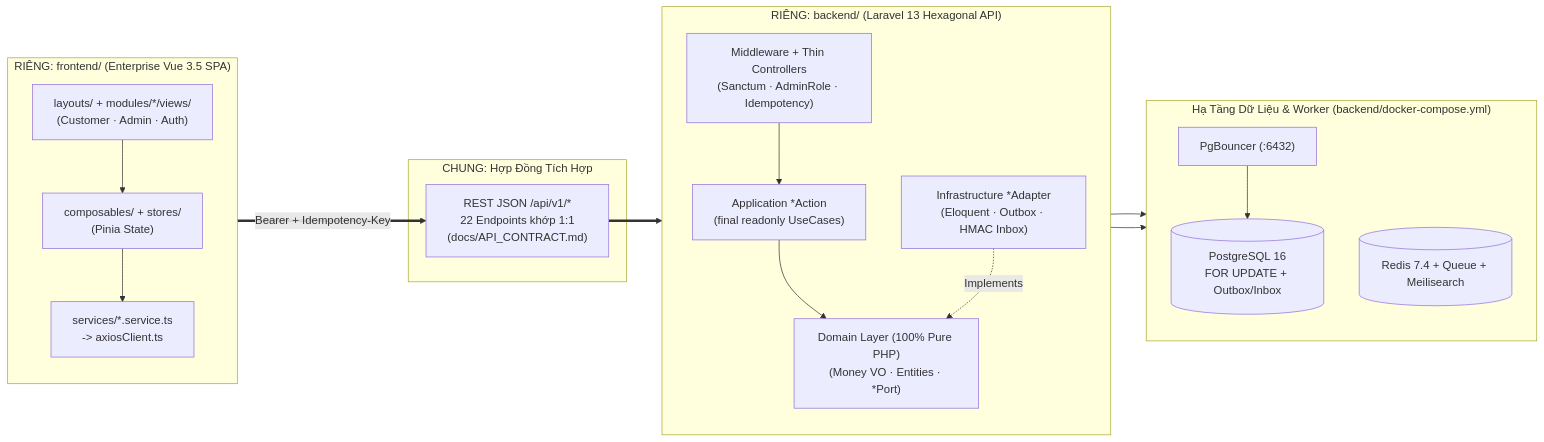
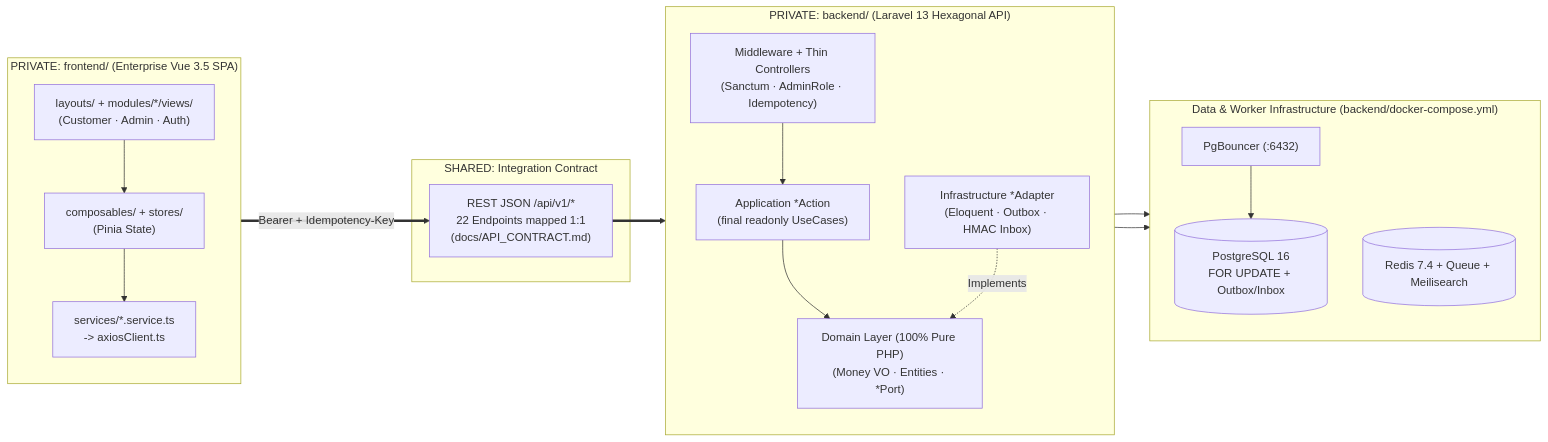
Before and after one commit to nguynbon03/VueLaravelProject: the first of 3 diagrams in README.md, drawn with Mermaid. The commit also changed other lines of this file and 36 other files, not shown here.

````diff
--- a/README.md
+++ b/README.md
@@ -53,29 +76,29 @@
 ```mermaid
 flowchart LR
-    subgraph FE["RIÊNG: frontend/ (Enterprise Vue 3.5 SPA)"]
+    subgraph FE["PRIVATE: frontend/ (Enterprise Vue 3.5 SPA)"]
         direction TB
         V["layouts/ + modules/*/views/\n(Customer · Admin · Auth)"] --> C["composables/ + stores/\n(Pinia State)"]
         C --> S["services/*.service.ts\n-> axiosClient.ts"]
     end
 
-    subgraph SHARED["CHUNG: Hợp Đồng Tích Hợp"]
-        API_SPEC["REST JSON /api/v1/*\n22 Endpoints khớp 1:1\n(docs/API_CONTRACT.md)"]
+    subgraph SHARED["SHARED: Integration Contract"]
+        API_SPEC["REST JSON /api/v1/*\n22 Endpoints mapped 1:1\n(docs/API_CONTRACT.md)"]
     end
 
-    subgraph BE["RIÊNG: backend/ (Laravel 13 Hexagonal API)"]
+    subgraph BE["PRIVATE: backend/ (Laravel 13 Hexagonal API)"]
         direction TB
         MW["Middleware + Thin Controllers\n(Sanctum · AdminRole · Idempotency)"] --> ACT["Application *Action\n(final readonly UseCases)"]
         ACT --> DOM["Domain Layer (100% Pure PHP)\n(Money VO · Entities · *Port)"]
         ADAP["Infrastructure *Adapter\n(Eloquent · Outbox · HMAC Inbox)"] -.->|"Implements"| DOM
     end
 
-    subgraph DATA["Hạ Tầng Dữ Liệu & Worker (backend/docker-compose.yml)"]
+    subgraph DATA["Data & Worker Infrastructure (backend/docker-compose.yml)"]
         direction TB
         PGB["PgBouncer (:6432)"] --> PG[("PostgreSQL 16\nFOR UPDATE + Outbox/Inbox")]
         REDIS[("Redis 7.4 + Queue + Meilisearch")]
     end
 
     S ==>|"Bearer + Idempotency-Key"| API_SPEC ==> MW
     ADAP --> PGB
     ADAP --> REDIS
 ```
````
